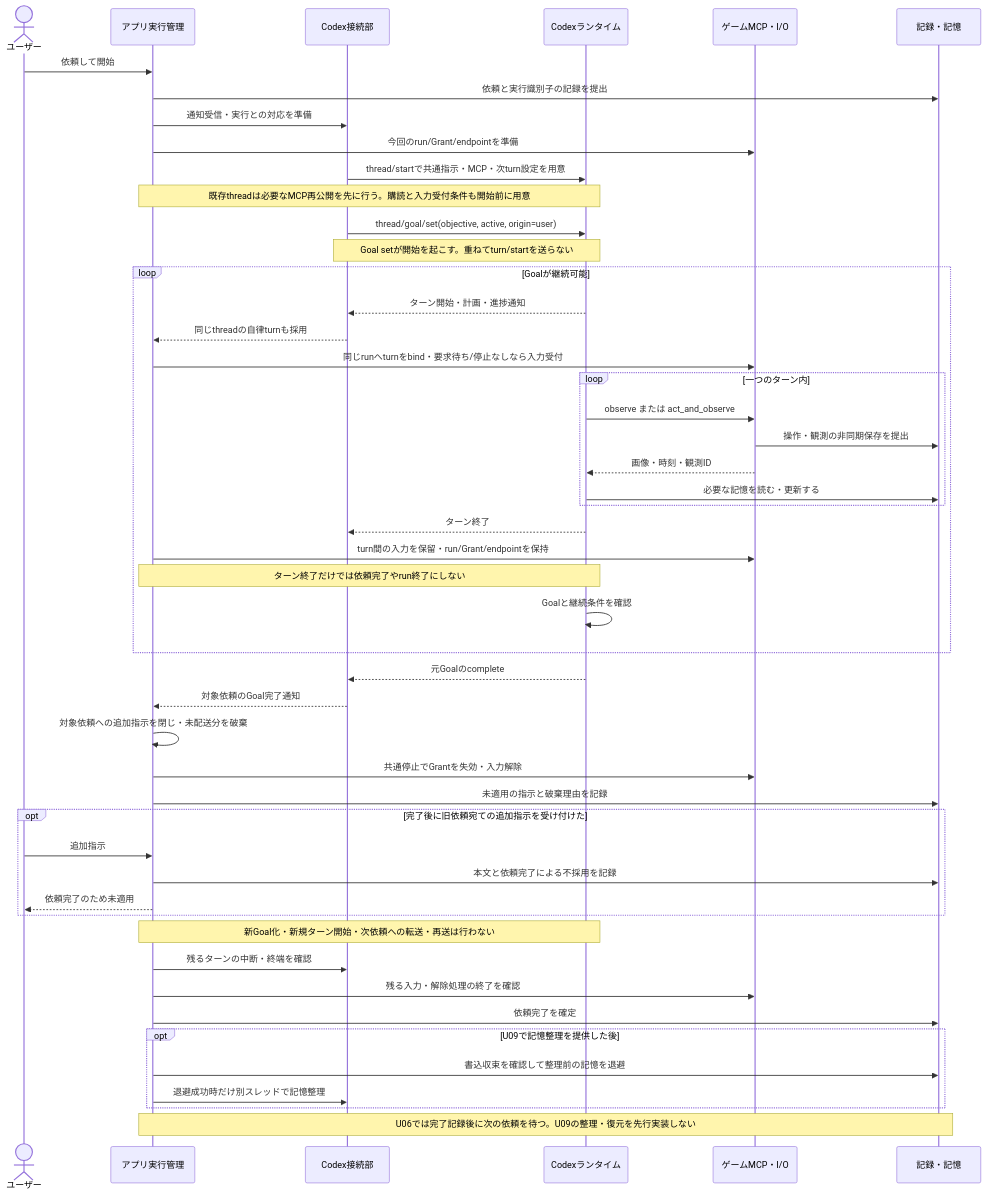
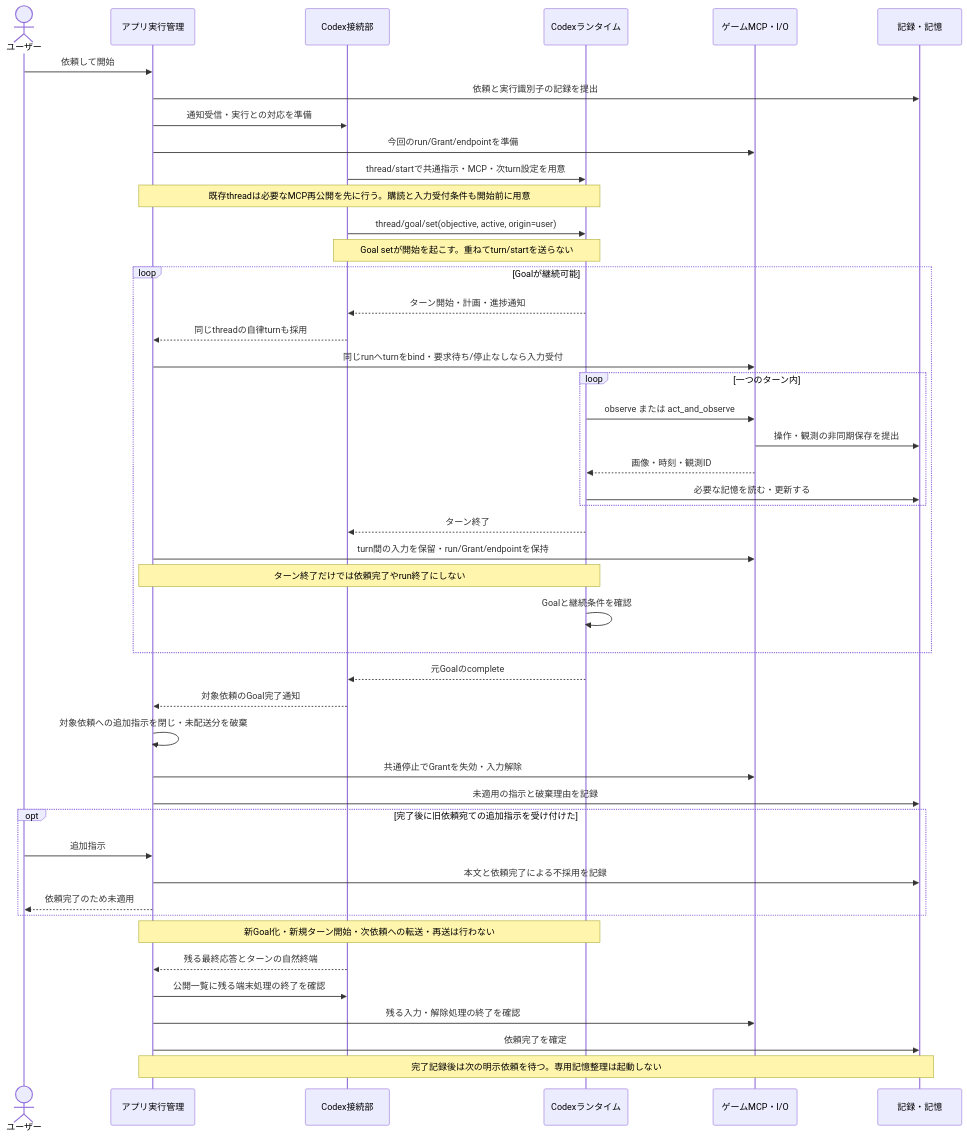
One commit to niart120/Project_Gigas changed the second of 8 diagrams in spec/initial/09-control-flows.md. Above: the diagram before and after it, drawn with Mermaid. The commit also changed other lines of this file and 18 other files, not shown here.

````diff
--- a/spec/initial/09-control-flows.md
+++ b/spec/initial/09-control-flows.md
@@ -68,51 +62,48 @@
 ```mermaid
 sequenceDiagram
     actor U as ユーザー
     participant A as アプリ実行管理
     participant C as Codex接続部
     participant R as Codexランタイム
     participant G as ゲームMCP・I/O
     participant D as 記録・記憶
     U->>A: 依頼して開始
     A->>D: 依頼と実行識別子の記録を提出
     A->>C: 通知受信・実行との対応を準備
     A->>G: 今回のrun/Grant/endpointを準備
     C->>R: thread/startで共通指示・MCP・次turn設定を用意
     Note over A,R: 既存threadは必要なMCP再公開を先に行う。購読と入力受付条件も開始前に用意
     C->>R: thread/goal/set(objective, active, origin=user)
     Note over C,R: Goal setが開始を起こす。重ねてturn/startを送らない
     loop Goalが継続可能
         R-->>C: ターン開始・計画・進捗通知
         C-->>A: 同じthreadの自律turnも採用
         A->>G: 同じrunへturnをbind・要求待ち/停止なしなら入力受付
         loop 一つのターン内
             R->>G: observe または act_and_observe
             G->>D: 操作・観測の非同期保存を提出
             G-->>R: 画像・時刻・観測ID
             R->>D: 必要な記憶を読む・更新する
         end
         R-->>C: ターン終了
         A->>G: turn間の入力を保留・run/Grant/endpointを保持
         Note over A,R: ターン終了だけでは依頼完了やrun終了にしない
         R->>R: Goalと継続条件を確認
     end
     R-->>C: 元Goalのcomplete
     C-->>A: 対象依頼のGoal完了通知
     A->>A: 対象依頼への追加指示を閉じ・未配送分を破棄
     A->>G: 共通停止でGrantを失効・入力解除
     A->>D: 未適用の指示と破棄理由を記録
     opt 完了後に旧依頼宛ての追加指示を受け付けた
         U->>A: 追加指示
         A->>D: 本文と依頼完了による不採用を記録
         A-->>U: 依頼完了のため未適用
     end
     Note over A,R: 新Goal化・新規ターン開始・次依頼への転送・再送は行わない
-    A->>C: 残るターンの中断・終端を確認
+    C-->>A: 残る最終応答とターンの自然終端
+    A->>C: 公開一覧に残る端末処理の終了を確認
     A->>G: 残る入力・解除処理の終了を確認
     A->>D: 依頼完了を確定
-    opt U09で記憶整理を提供した後
-        A->>D: 書込収束を確認して整理前の記憶を退避
-        A->>C: 退避成功時だけ別スレッドで記憶整理
-    end
-    Note over A,D: U06では完了記録後に次の依頼を待つ。U09の整理・復元を先行実装しない
+    Note over A,D: 完了記録後は次の明示依頼を待つ。専用記憶整理は起動しない
 ```
````
